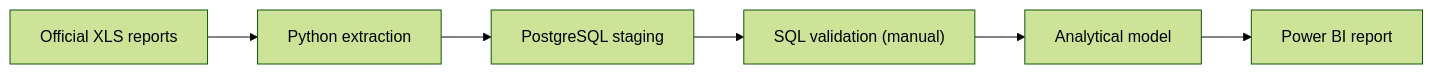
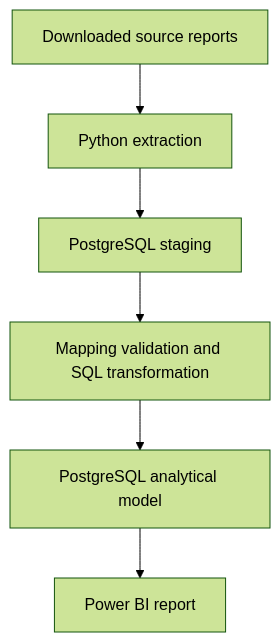
Before and after one commit to nadyasevova/domestic_violence: the diagram in README.md, drawn with Mermaid (forest theme). The commit also changed other lines of this file, not shown here.

````diff
--- a/README.md
+++ b/README.md
@@ -61,8 +76,8 @@
 ```mermaid
-flowchart LR
-    A["Official XLS reports"] --> B["Python extraction"]
+flowchart TD
+    A["Downloaded source reports"] --> B["Python extraction"]
     B --> C["PostgreSQL staging"]
-    C --> D["SQL validation (manual)"]
-    D --> E["Analytical model"]
+    C --> D["Mapping validation and SQL transformation"]
+    D --> E["PostgreSQL analytical model"]
     E --> F["Power BI report"]
 ```
````
